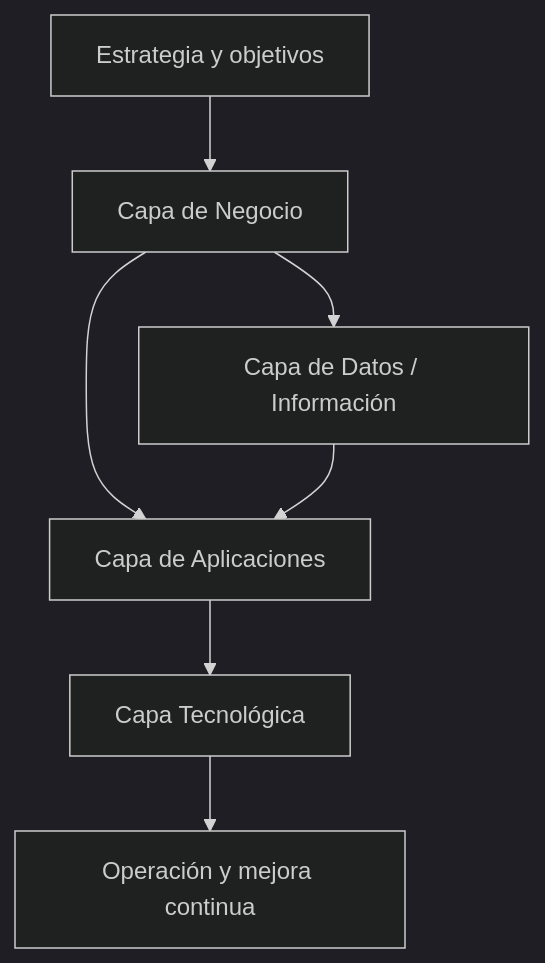
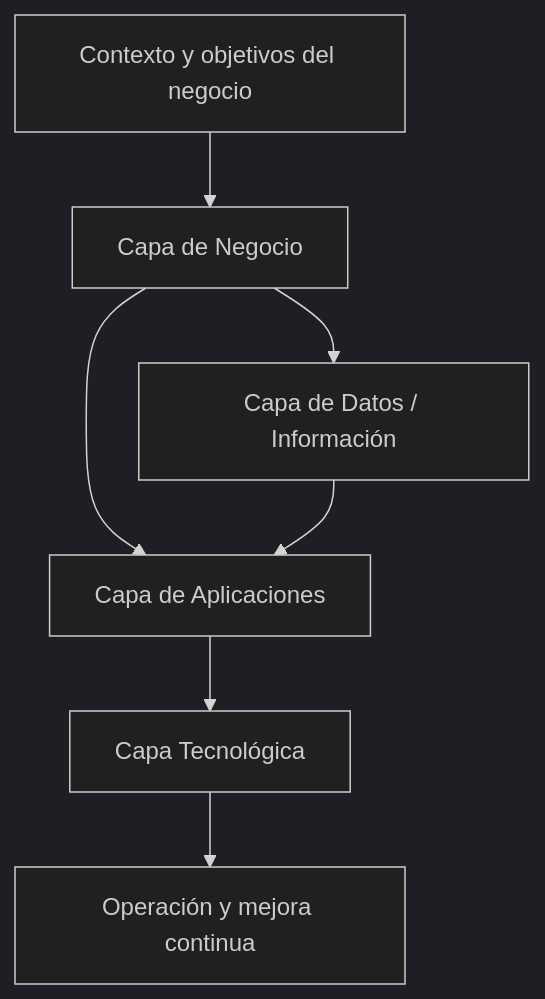
Before and after one commit to i-xarlos/isil-ing-sistemas: the first of 3 diagrams in docs/arq-empresarial/clase-02-graficos.md, drawn with Mermaid (dark theme). The commit also changed other lines of this file and 1 other file, not shown here.

Commit message:
Docs: completar Clase 02 con resumen mejorado y gráficos Mermaid
Agent-Logs-Url: https://github.com/i-xarlos/isil-ing-sistemas/sessions/6b5b84cd-5c28-4f86-b24e-5554716ad1ee

````diff
--- a/docs/arq-empresarial/clase-02-graficos.md
+++ b/docs/arq-empresarial/clase-02-graficos.md
@@ -4,9 +4,9 @@
 ```mermaid
 flowchart TB
-  E[Estrategia y objetivos] --> N[Capa de Negocio]
+  E[Contexto y objetivos del negocio] --> N[Capa de Negocio]
   N --> D[Capa de Datos / Información]
   N --> A[Capa de Aplicaciones]
   D --> A
   A --> T[Capa Tecnológica]
   T --> O[Operación y mejora continua]
 ```
````
